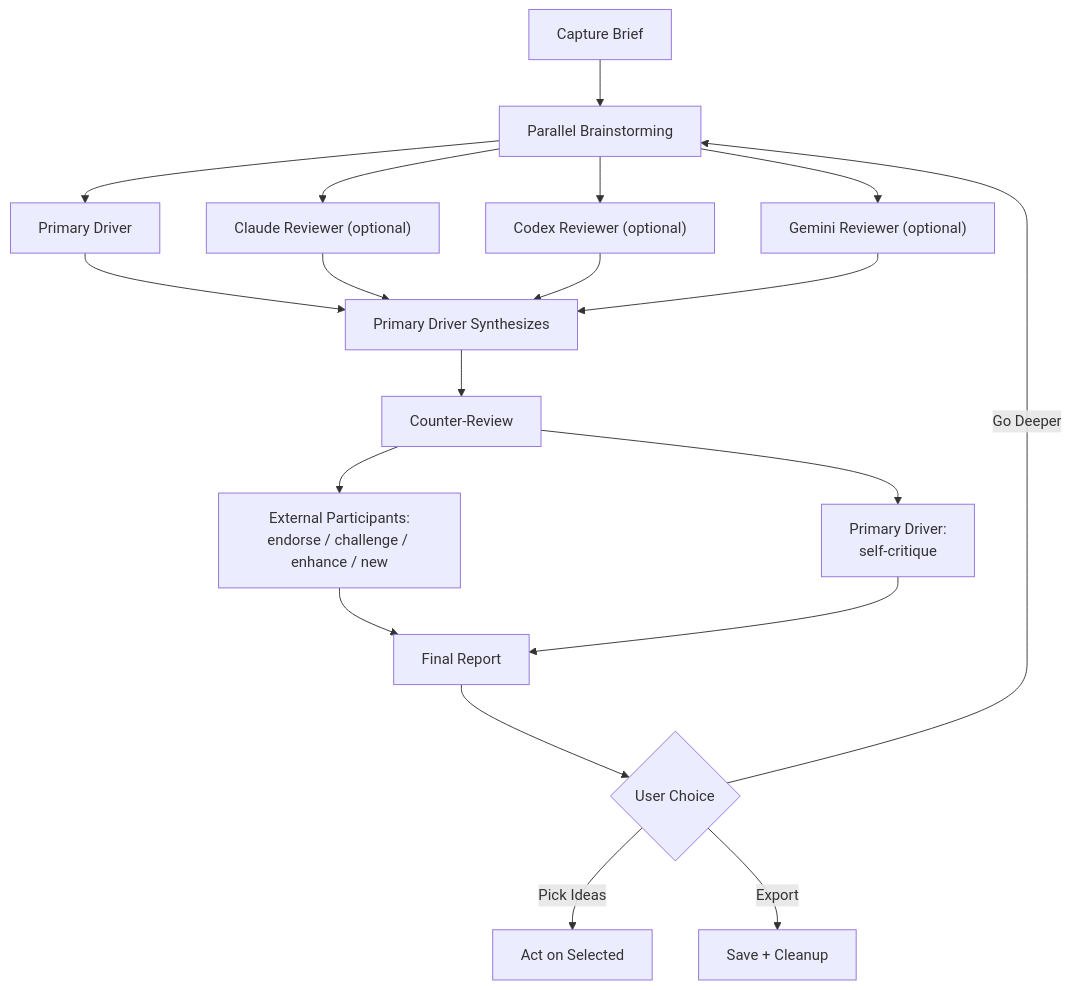
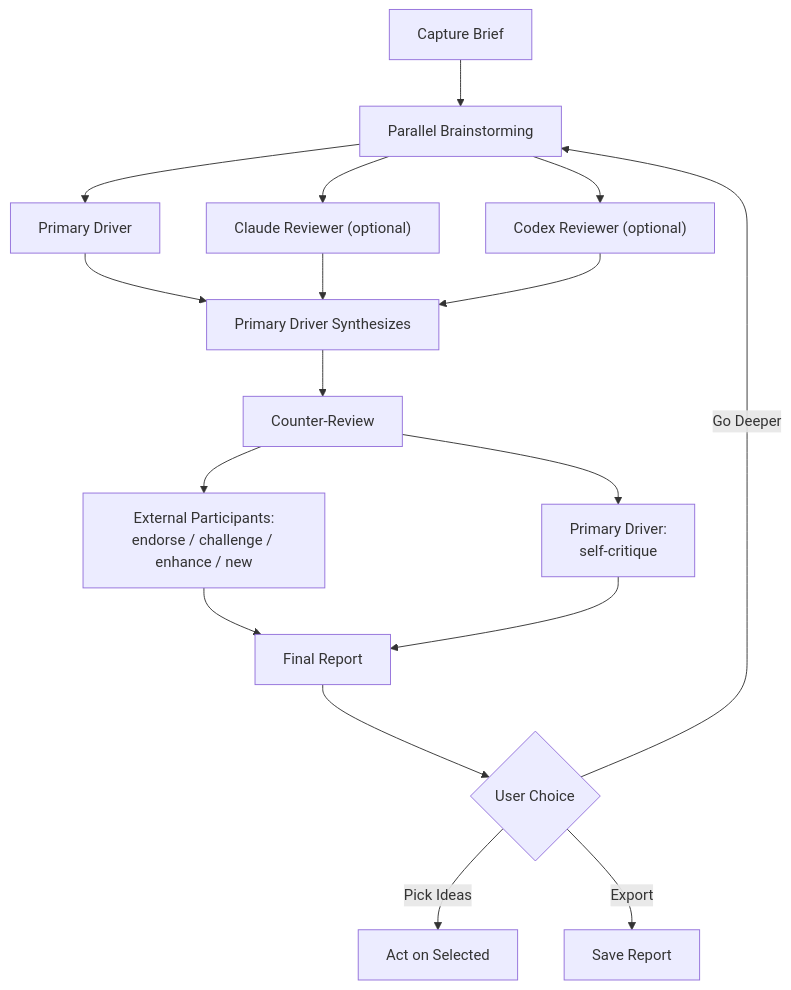
Before and after one commit to anbuneel/agentic-engineering: the third of 8 diagrams in docs/SKILLS_GUIDE.md, drawn with Mermaid. The commit also changed other lines of this file and 36 other files, not shown here.

````diff
--- a/docs/SKILLS_GUIDE.md
+++ b/docs/SKILLS_GUIDE.md
@@ -105,22 +93,21 @@
 ```mermaid
 graph TD
     A[Capture Brief] --> B[Parallel Brainstorming]
 
     B --> C[Primary Driver]
     B --> D["Claude Reviewer (optional)"]
     B --> E["Codex Reviewer (optional)"]
-    B --> F["Gemini Reviewer (optional)"]
 
-    C & D & E & F --> G[Primary Driver Synthesizes]
+    C & D & E --> G[Primary Driver Synthesizes]
     G --> H[Counter-Review]
 
     H --> I["External Participants:\nendorse / challenge / enhance / new"]
     H --> K["Primary Driver:\nself-critique"]
 
     I & K --> L[Final Report]
     L --> M{User Choice}
 
     M -- Pick Ideas --> N[Act on Selected]
     M -- Go Deeper --> B
-    M -- Export --> O[Save + Cleanup]
+    M -- Export --> O[Save Report]
 ```
````
